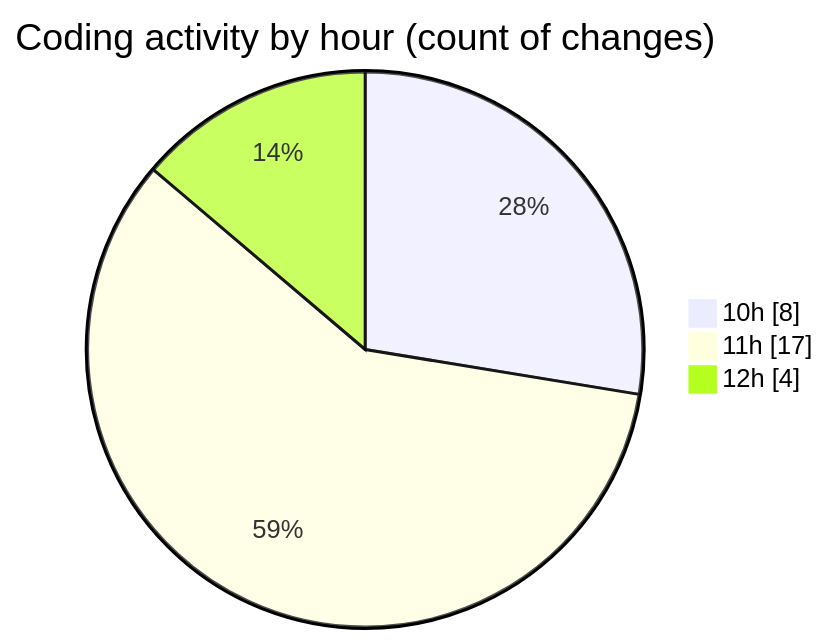
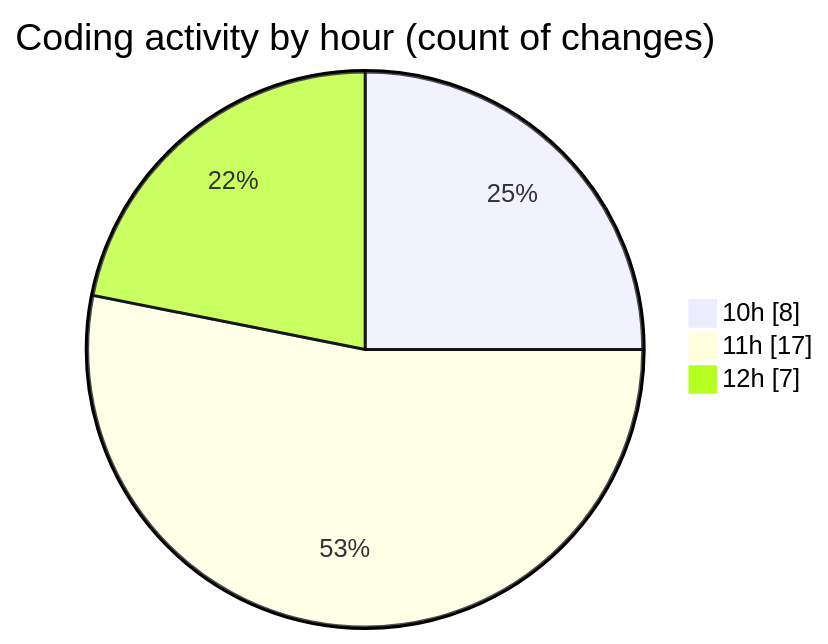
Before and after one commit to nxtqubesakshisongat/code-tracking: the second of 2 diagrams in 2026-02-02/nxtqube_webapp/README.md, drawn with Mermaid. The commit also changed other lines of this file and 1 other file, not shown here.

````diff
--- a/2026-02-02/nxtqube_webapp/README.md
+++ b/2026-02-02/nxtqube_webapp/README.md
@@ -31,7 +31,7 @@
 ```mermaid
 pie showData
 title Coding activity by hour (count of changes)
 "10h" : 8
 "11h" : 17
-"12h" : 4
+"12h" : 7
 ```
````
